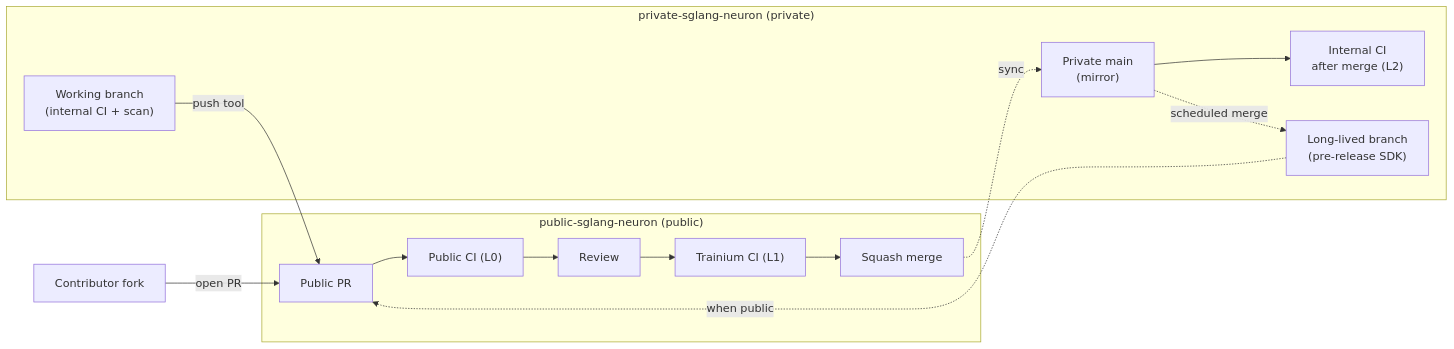
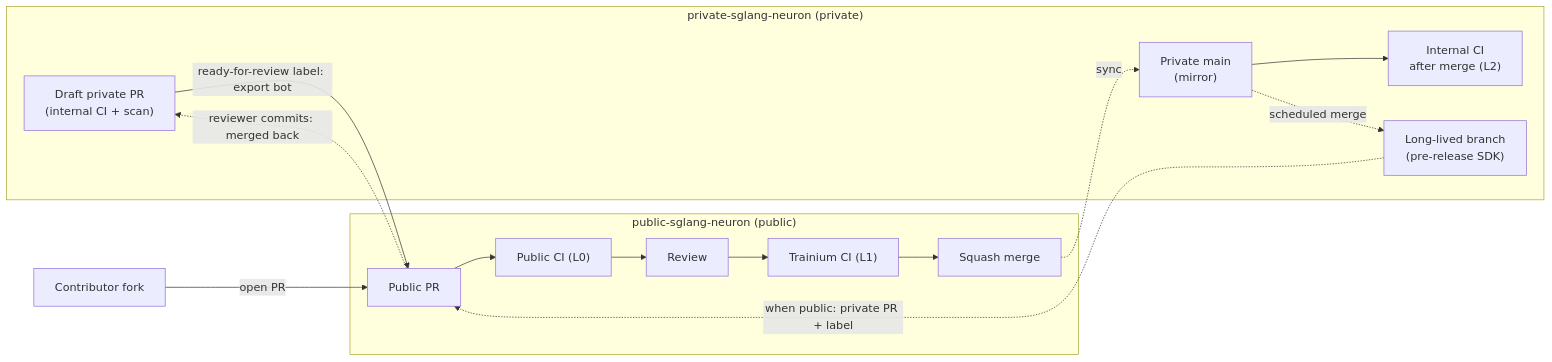
Before and after one commit to zwang-amazon/public-sglang-neuron: the diagram in DEMO.md, drawn with Mermaid. The commit also changed other lines of this file and 1 other file, not shown here.

First line of the commit message:
[Docs] DEMO.md: scenario results with the export bot (#10)

````diff
--- a/DEMO.md
+++ b/DEMO.md
@@ -15,18 +15,19 @@
 ```mermaid
 flowchart LR
   subgraph private["private-sglang-neuron (private)"]
-    wb["Working branch<br/>(internal CI + scan)"]
+    wb["Draft private PR<br/>(internal CI + scan)"]
     ll["Long-lived branch<br/>(pre-release SDK)"]
     pm["Private main<br/>(mirror)"]
     l2["Internal CI<br/>after merge (L2)"]
     pm --> l2
   end
   subgraph public["public-sglang-neuron (public)"]
     pr["Public PR"] --> l0["Public CI (L0)"] --> rv["Review"] --> l1["Trainium CI (L1)"] --> mg["Squash merge"]
   end
   fork["Contributor fork"] -->|open PR| pr
-  wb -->|push tool| pr
-  ll -.->|when public| pr
+  wb -->|"ready-for-review label: export bot"| pr
+  pr -.->|"reviewer commits: merged back"| wb
+  ll -.->|"when public: private PR + label"| pr
   mg -.->|sync| pm
   pm -.->|scheduled merge| ll
 ```
````
